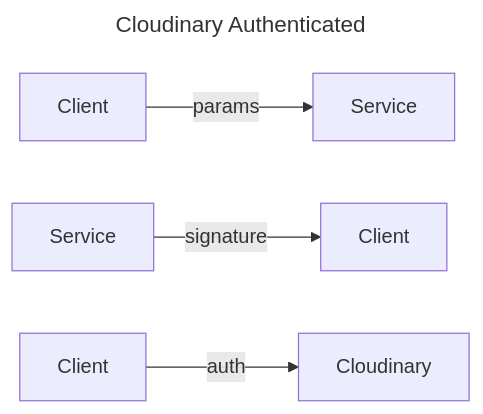
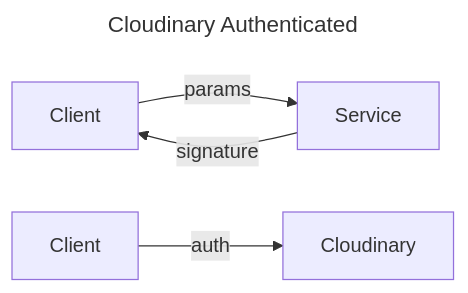
The first of 2 diagrams in docs/cloudinary.md (eosnetworkfoundation/enf-poap-service), drawn with Mermaid before and after one commit.

Commit message:
fix4 cloudinary mermaid diag

````diff
--- a/docs/cloudinary.md
+++ b/docs/cloudinary.md
@@ -18,9 +18,9 @@
 ```mermaid
 ---
 title: Cloudinary Authenticated
 ---
 graph LR;
 ca[Client]-- params -->sa[Service]
-sb[Service]-- signature -->cb[Client]
+sa[Service]-- signature -->ca[Client]
 cc[Client]-- auth -->Cloudinary
 ```
````
